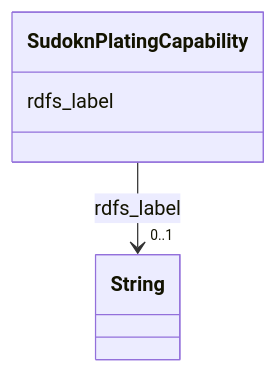
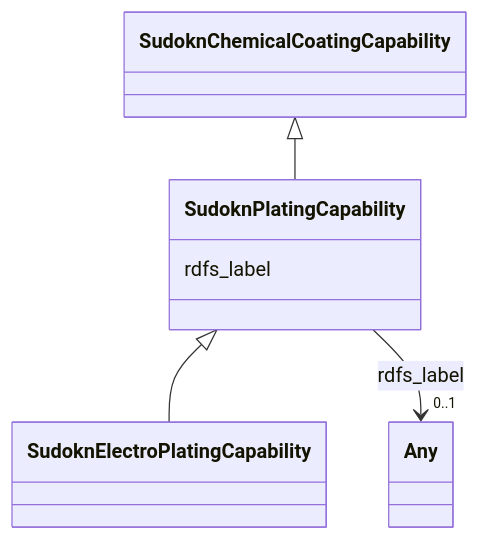
One commit to frink-okn/graph-descriptions changed the diagram in sudokn-kg/classes/SudoknPlatingCapability.md. Above: the diagram before and after it, drawn with Mermaid. The commit also changed other lines of this file and 903 other files, not shown here.

````diff
--- a/sudokn-kg/classes/SudoknPlatingCapability.md
+++ b/sudokn-kg/classes/SudoknPlatingCapability.md
@@ -23,15 +18,23 @@
 ```mermaid
  classDiagram
     class SudoknPlatingCapability
     click SudoknPlatingCapability href "../SudoknPlatingCapability"
+      SudoknChemicalCoatingCapability <|-- SudoknPlatingCapability
+        click SudoknChemicalCoatingCapability href "../SudoknChemicalCoatingCapability"
+      
+
+      SudoknPlatingCapability <|-- SudoknElectroPlatingCapability
+        click SudoknElectroPlatingCapability href "../SudoknElectroPlatingCapability"
+      
+      
       SudoknPlatingCapability : rdfs_label
         
           
     
     
-    SudoknPlatingCapability --> "0..1" String : rdfs_label
-    click String href "../String"
+    SudoknPlatingCapability --> "0..1" Any : rdfs_label
+    click Any href "../Any"
 
         
       
 ```
````
